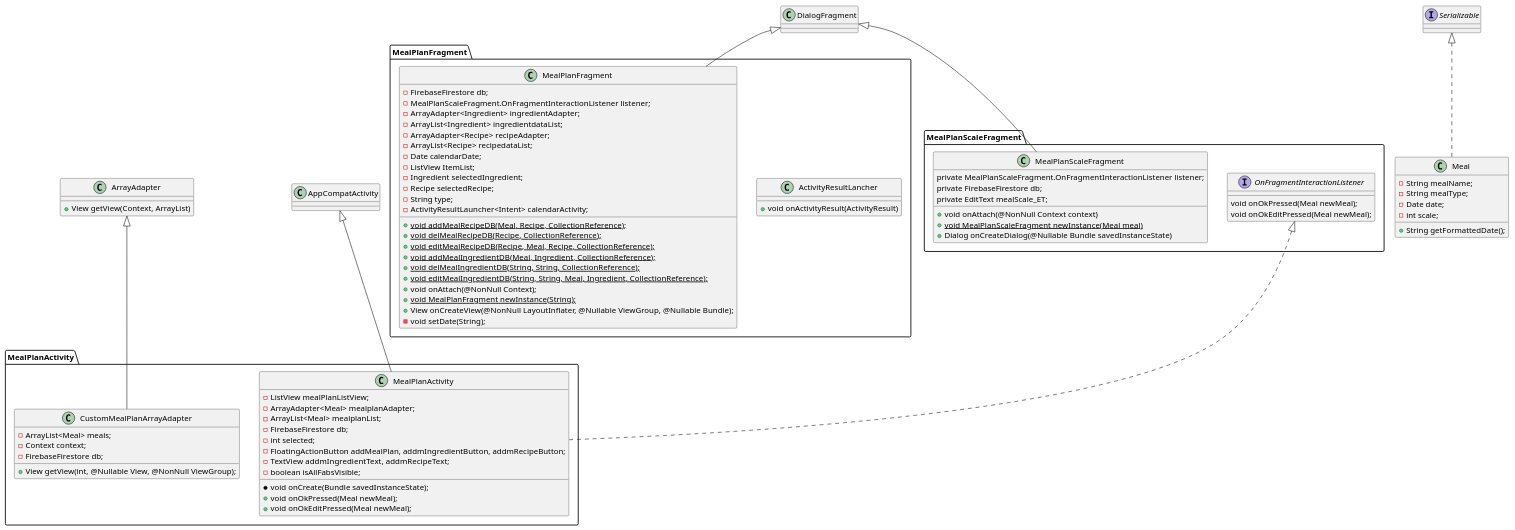
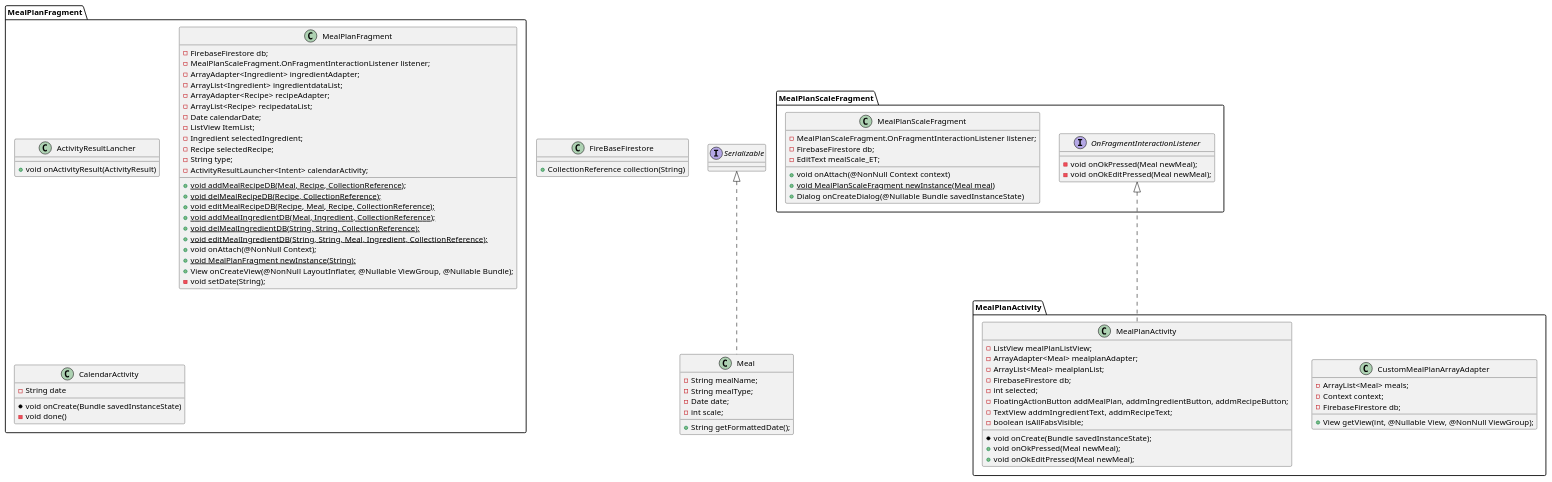
The diagram in doc/source/MealPlanUML.puml (CMPUT301F22T31/FoodCart), drawn with PlantUML before and after one commit.

Commit message:
Mealplan UML classes done

```diff
--- a/doc/source/MealPlanUML.puml
+++ b/doc/source/MealPlanUML.puml
@@ -1,89 +1,101 @@
 @startuml
 'https://plantuml.com/class-diagram
 
-class ArrayAdapter
+class FireBaseFirestore
 {
-    +View getView(Context, ArrayList)
+    +CollectionReference collection(String)
 }
 
 class MealPlanFragment.ActivityResultLancher
 {
     +void onActivityResult(ActivityResult)
 }
 
-class MealPlanActivity.CustomMealPlanArrayAdapter extends ArrayAdapter
+class MealPlanActivity.CustomMealPlanArrayAdapter
 {
     -ArrayList<Meal> meals;
     -Context context;
     -FirebaseFirestore db;
     +View getView(int, @Nullable View, @NonNull ViewGroup);
 }
 
 class Meal implements Serializable
 {
     -String mealName;
     -String mealType;
     -Date date;
     -int scale;
     +String getFormattedDate();
 }
 
-class MealPlanActivity.MealPlanActivity extends AppCompatActivity implements MealPlanScaleFragment.OnFragmentInteractionListener
+class MealPlanActivity.MealPlanActivity implements MealPlanScaleFragment.OnFragmentInteractionListener
 {
     -ListView mealPlanListView;
     -ArrayAdapter<Meal> mealplanAdapter;
     -ArrayList<Meal> mealplanList;
     -FirebaseFirestore db;
     -int selected;
     -FloatingActionButton addMealPlan, addmIngredientButton, addmRecipeButton;
     -TextView addmIngredientText, addmRecipeText;
     -boolean isAllFabsVisible;
 
     *void onCreate(Bundle savedInstanceState);
     +void onOkPressed(Meal newMeal);
     +void onOkEditPressed(Meal newMeal);
 }
 
-class MealPlanFragment.MealPlanFragment extends DialogFragment
+class MealPlanFragment.MealPlanFragment
 {
     -FirebaseFirestore db;
     -MealPlanScaleFragment.OnFragmentInteractionListener listener;
     -ArrayAdapter<Ingredient> ingredientAdapter;
     -ArrayList<Ingredient> ingredientdataList;
     -ArrayAdapter<Recipe> recipeAdapter;
     -ArrayList<Recipe> recipedataList;
     -Date calendarDate;
     -ListView ItemList;
     -Ingredient selectedIngredient;
     -Recipe selectedRecipe;
     -String type;
     -ActivityResultLauncher<Intent> calendarActivity;
 
     +void {static} addMealRecipeDB(Meal, Recipe, CollectionReference);
     +void {static} delMealRecipeDB(Recipe, CollectionReference);
     +void {static} editMealRecipeDB(Recipe, Meal, Recipe, CollectionReference);
     +void {static} addMealIngredientDB(Meal, Ingredient, CollectionReference);
     +void {static} delMealIngredientDB(String, String, CollectionReference);
     +void {static} editMealIngredientDB(String, String, Meal, Ingredient, CollectionReference);
     +void onAttach(@NonNull Context);
     +void {static} MealPlanFragment newInstance(String);
     +View onCreateView(@NonNull LayoutInflater, @Nullable ViewGroup, @Nullable Bundle);
     -void setDate(String);
 }
 
-class MealPlanScaleFragment.MealPlanScaleFragment extends DialogFragment
+class MealPlanScaleFragment.MealPlanScaleFragment
 {
-    private MealPlanScaleFragment.OnFragmentInteractionListener listener;
-    private FirebaseFirestore db;
-    private EditText mealScale_ET;
+    -MealPlanScaleFragment.OnFragmentInteractionListener listener;
+    -FirebaseFirestore db;
+    -EditText mealScale_ET;
     +void onAttach(@NonNull Context context)
     +void {static} MealPlanScaleFragment newInstance(Meal meal)
     +Dialog onCreateDialog(@Nullable Bundle savedInstanceState)
 }
 
 interface MealPlanScaleFragment.OnFragmentInteractionListener
-    {
-        void onOkPressed(Meal newMeal);
-        void onOkEditPressed(Meal newMeal);
-    }
+{
+    -void onOkPressed(Meal newMeal);
+    -void onOkEditPressed(Meal newMeal);
+}
+
+class MealPlanFragment.CalendarActivity
+{
+    - String date
+    * void onCreate(Bundle savedInstanceState)
+    - void done()
+}
+
+
+
+
+
 @enduml
```
